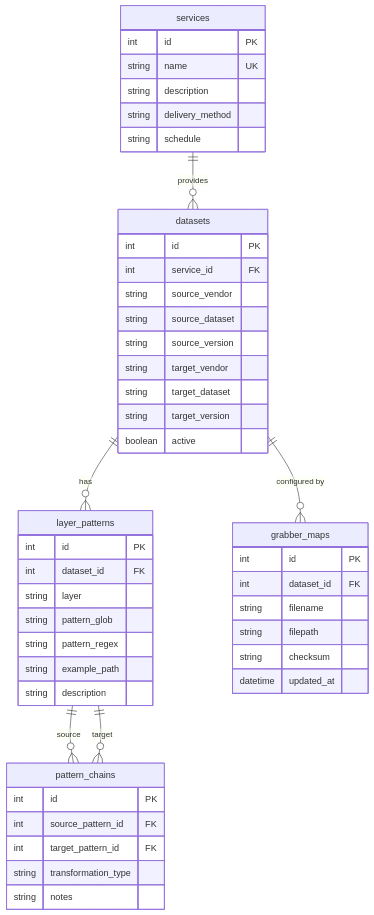
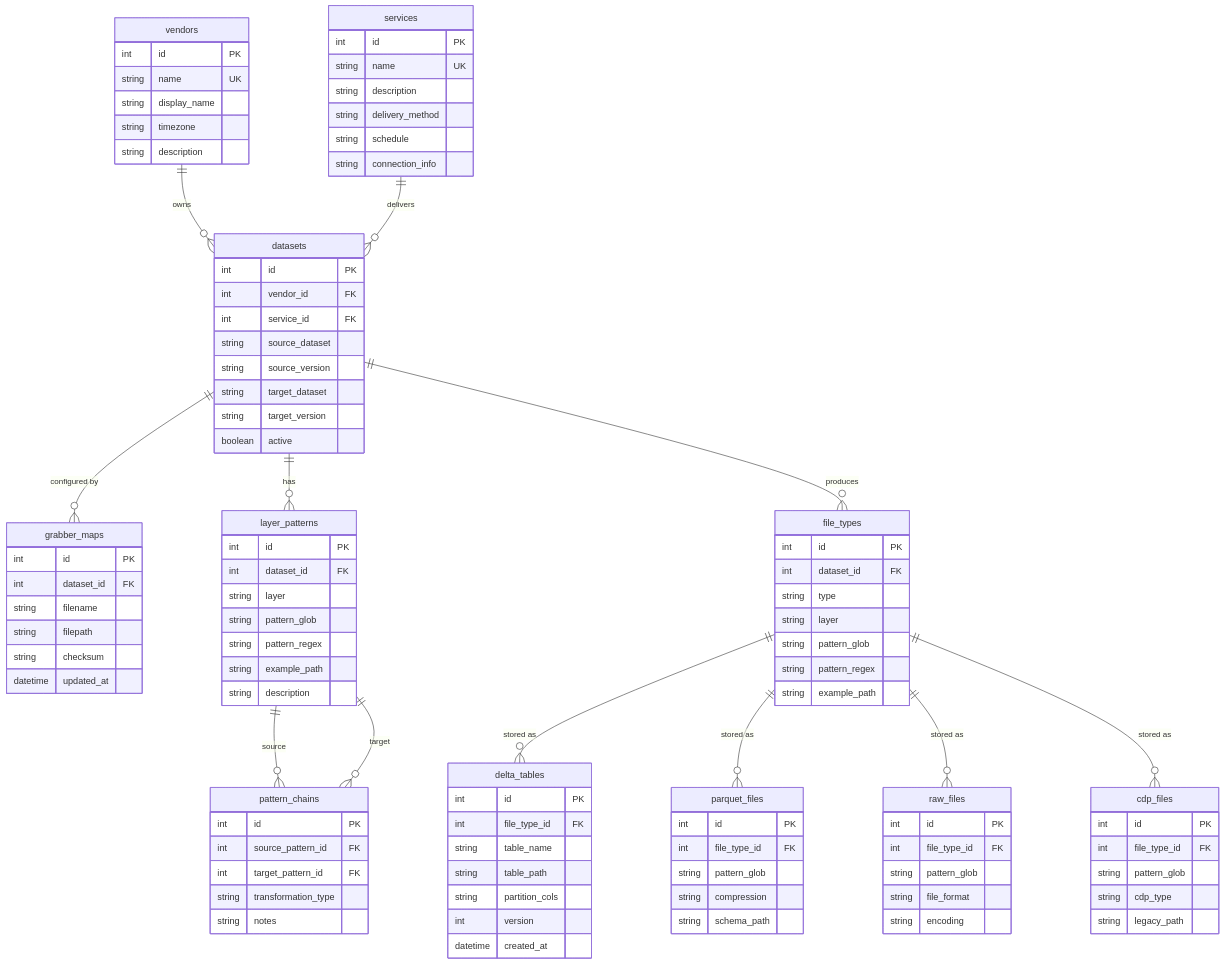
One commit to ThanuMahee12/AgentContext changed the second of 5 diagrams in docs/ideas/investigation-db.md. Above: the diagram before and after it, drawn with Mermaid. The commit also changed other lines of this file, not shown here.

Commit message:
docs: expand Investigation DB with delta tables, parquet, raw files, cdp files

````diff
--- a/docs/ideas/investigation-db.md
+++ b/docs/ideas/investigation-db.md
@@ -56,10 +56,24 @@
 ```mermaid
 erDiagram
-    services ||--o{ datasets : "provides"
+    vendors ||--o{ datasets : "owns"
+    services ||--o{ datasets : "delivers"
+    datasets ||--o{ grabber_maps : "configured by"
     datasets ||--o{ layer_patterns : "has"
-    datasets ||--o{ grabber_maps : "configured by"
+    datasets ||--o{ file_types : "produces"
     layer_patterns ||--o{ pattern_chains : "source"
     layer_patterns ||--o{ pattern_chains : "target"
+    file_types ||--o{ delta_tables : "stored as"
+    file_types ||--o{ parquet_files : "stored as"
+    file_types ||--o{ raw_files : "stored as"
+    file_types ||--o{ cdp_files : "stored as"
+
+    vendors {
+        int id PK
+        string name UK
+        string display_name
+        string timezone
+        string description
+    }
 
     services {
         int id PK
@@ -67,15 +81,15 @@
         string description
         string delivery_method
         string schedule
+        string connection_info
     }
 
     datasets {
         int id PK
+        int vendor_id FK
         int service_id FK
-        string source_vendor
         string source_dataset
         string source_version
-        string target_vendor
         string target_dataset
         string target_version
         boolean active
@@ -88,6 +102,16 @@
         string filepath
         string checksum
         datetime updated_at
+    }
+
+    file_types {
+        int id PK
+        int dataset_id FK
+        string type
+        string layer
+        string pattern_glob
+        string pattern_regex
+        string example_path
     }
 
     layer_patterns {
@@ -107,4 +131,38 @@
         string transformation_type
         string notes
     }
+
+    delta_tables {
+        int id PK
+        int file_type_id FK
+        string table_name
+        string table_path
+        string partition_cols
+        int version
+        datetime created_at
+    }
+
+    parquet_files {
+        int id PK
+        int file_type_id FK
+        string pattern_glob
+        string compression
+        string schema_path
+    }
+
+    raw_files {
+        int id PK
+        int file_type_id FK
+        string pattern_glob
+        string file_format
+        string encoding
+    }
+
+    cdp_files {
+        int id PK
+        int file_type_id FK
+        string pattern_glob
+        string cdp_type
+        string legacy_path
+    }
 ```
````
